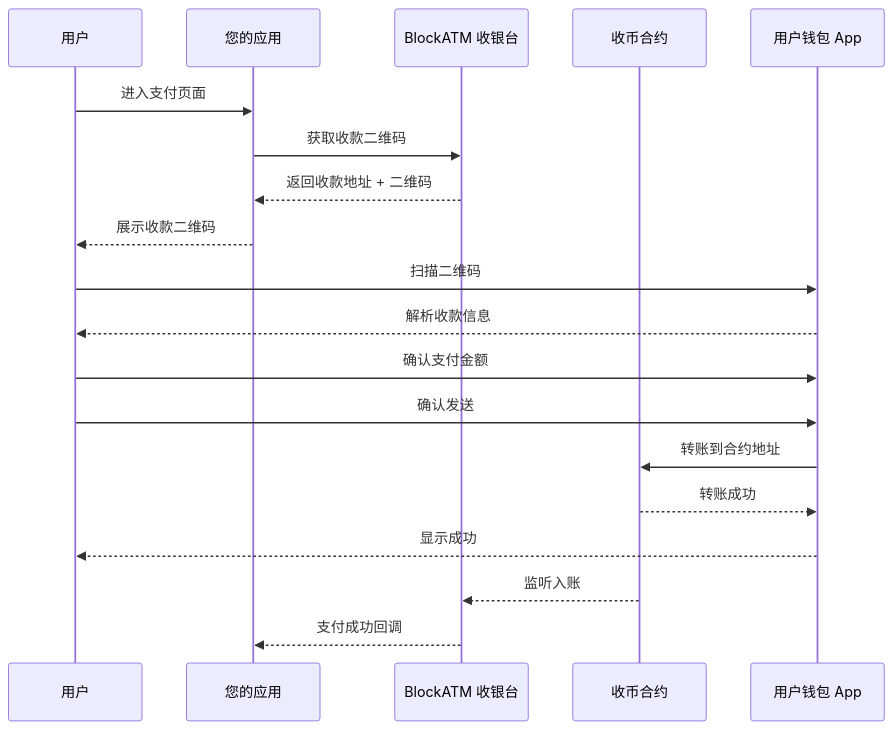
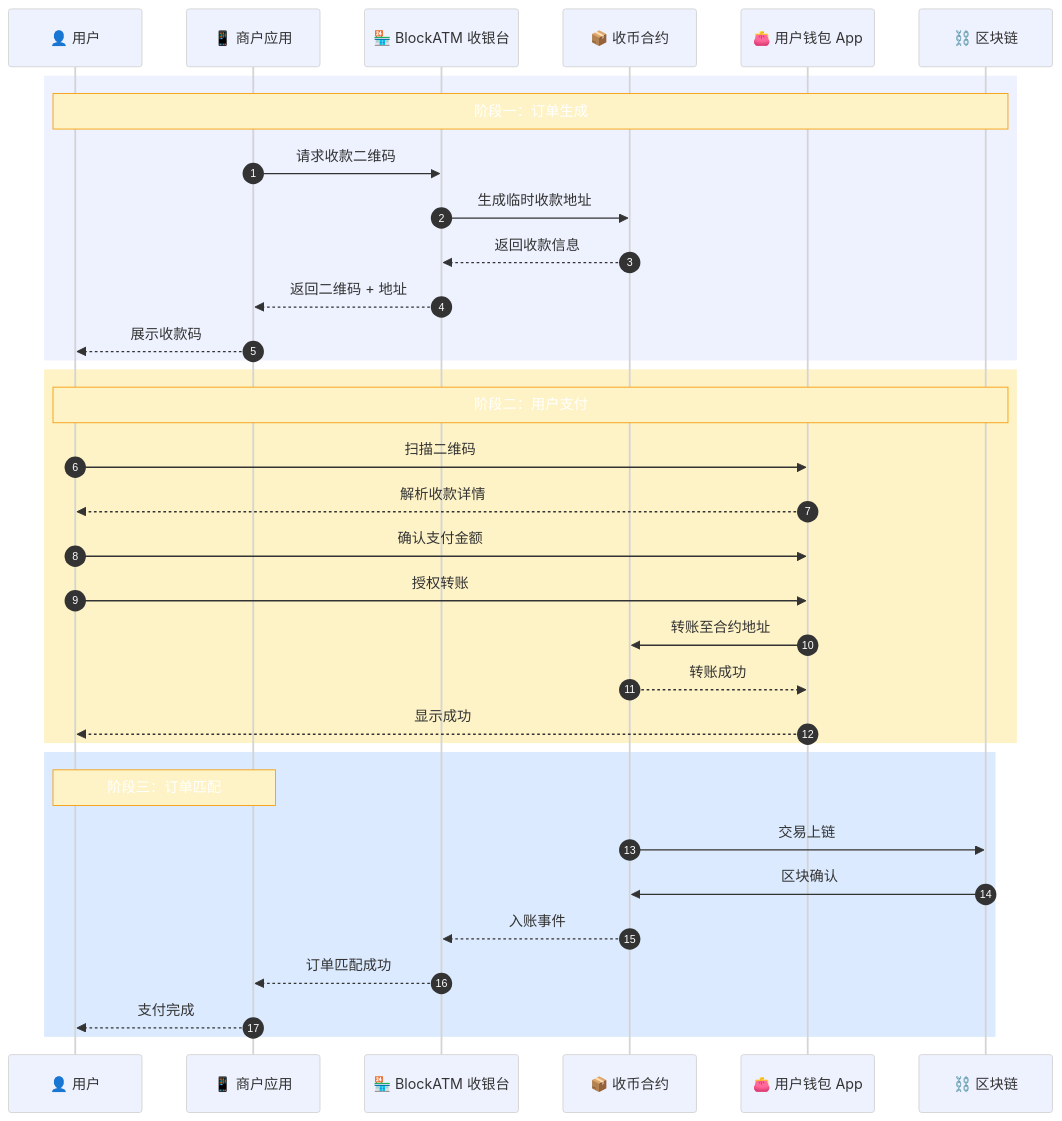
One commit to BlockATMOnLine/docs changed the third of 3 diagrams in products/safepay/how-it-works.md. Above: the diagram before and after it, drawn with Mermaid. The commit also changed other lines of this file and 6 other files, not shown here.

First line of the commit message:
docs: upgrade mermaid diagrams with professional styling

````diff
--- a/products/safepay/how-it-works.md
+++ b/products/safepay/how-it-works.md
@@ -65,25 +99,51 @@
 ```mermaid
+%%{
+  init: {
+    'theme': 'neutral',
+    'themeVariables': {
+      'primaryColor': '#6366F1',
+      'actorBkg': '#EEF2FF',
+      'noteBkgColor': '#FEF3C7',
+      'noteBorderColor': '#F59E0B'
+    }
+  }
+}%%
 sequenceDiagram
-    participant User as 用户
-    participant DApp as 您的应用
-    participant Cashier as BlockATM 收银台
-    participant Contract as 收币合约
-    participant Wallet as 用户钱包 App
-    
-    User->>DApp: 进入支付页面
-    DApp->>Cashier: 获取收款二维码
-    Cashier-->>DApp: 返回收款地址 + 二维码
-    DApp-->>User: 展示收款二维码
-    
-    User->>Wallet: 扫描二维码
-    Wallet-->>User: 解析收款信息
-    User->>Wallet: 确认支付金额
-    User->>Wallet: 确认发送
-    Wallet->>Contract: 转账到合约地址
-    
-    Contract-->>Wallet: 转账成功
-    Wallet-->>User: 显示成功
-    
-    Contract-->>Cashier: 监听入账
-    Cashier-->>DApp: 支付成功回调
+    autonumber
+
+    participant U as 👤 用户
+    participant A as 📱 商户应用
+    participant C as 🏪 BlockATM 收银台
+    participant S as 📦 收币合约
+    participant W as 👛 用户钱包 App
+    participant B as ⛓️ 区块链
+
+    rect rgb(238, 242, 255)
+        Note over U,B: 阶段一：订单生成
+        A->>C: 请求收款二维码
+        C->>S: 生成临时收款地址
+        S-->>C: 返回收款信息
+        C-->>A: 返回二维码 + 地址
+        A-->>U: 展示收款码
+    end
+
+    rect rgb(254, 243, 199)
+        Note over U,B: 阶段二：用户支付
+        U->>W: 扫描二维码
+        W-->>U: 解析收款详情
+        U->>W: 确认支付金额
+        U->>W: 授权转账
+        W->>S: 转账至合约地址
+        S-->>W: 转账成功
+        W-->>U: 显示成功
+    end
+
+    rect rgb(219, 234, 254)
+        Note over U,A: 阶段三：订单匹配
+        S->>B: 交易上链
+        B->>S: 区块确认
+        S-->>C: 入账事件
+        C-->>A: 订单匹配成功
+        A-->>U: 支付完成
+    end
 ```
````
